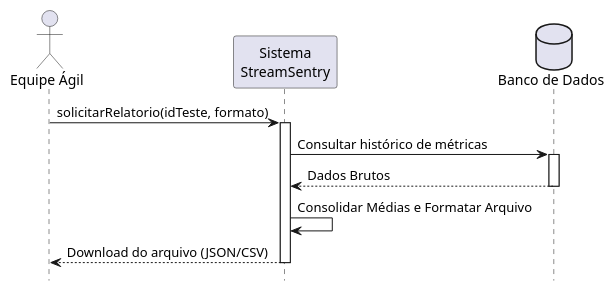
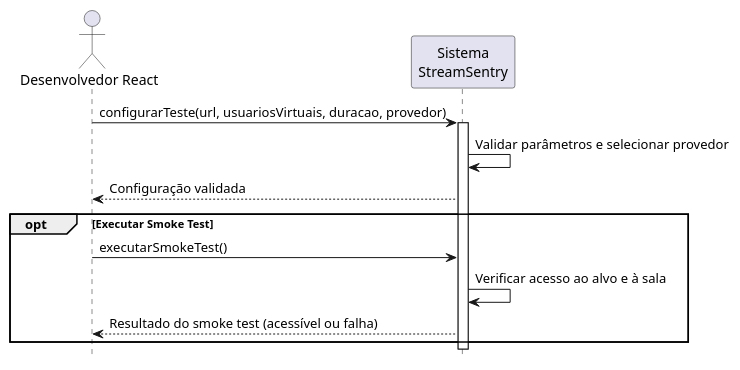
The diagram in Artefatos/DSSConfiguracaoDeCenarioDeTeste.puml (ICEI-PUC-Minas-PPLES-TI/plf-es-2025-2-tcci-0393100-dev-rafael-parreira), drawn with PlantUML before and after one commit. The commit also changed 8 other files, not shown here.

```diff
--- a/Artefatos/DSSConfiguracaoDeCenarioDeTeste.puml
+++ b/Artefatos/DSSConfiguracaoDeCenarioDeTeste.puml
@@ -1,20 +1,19 @@
 @startuml
 hide footbox
 skinparam ParticipantPadding 20
 
-actor "Equipe Ágil" as Equipe
+actor "Desenvolvedor React" as Dev
 participant "Sistema\nStreamSentry" as Sistema
-database "Banco de Dados" as DB
 
-Equipe -> Sistema: solicitarRelatorio(idTeste, formato)
+Dev -> Sistema: configurarTeste(url, usuariosVirtuais, duracao, provedor)
 activate Sistema
+Sistema -> Sistema: Validar parâmetros e selecionar provedor
+Sistema --> Dev: Configuração validada
 
-Sistema -> DB: Consultar histórico de métricas
-activate DB
-DB --> Sistema: Dados Brutos
-deactivate DB
-
-Sistema -> Sistema: Consolidar Médias e Formatar Arquivo
-Sistema --> Equipe: Download do arquivo (JSON/CSV)
+opt Executar Smoke Test
+    Dev -> Sistema: executarSmokeTest()
+    Sistema -> Sistema: Verificar acesso ao alvo e à sala
+    Sistema --> Dev: Resultado do smoke test (acessível ou falha)
+end
 deactivate Sistema
 @enduml
```
